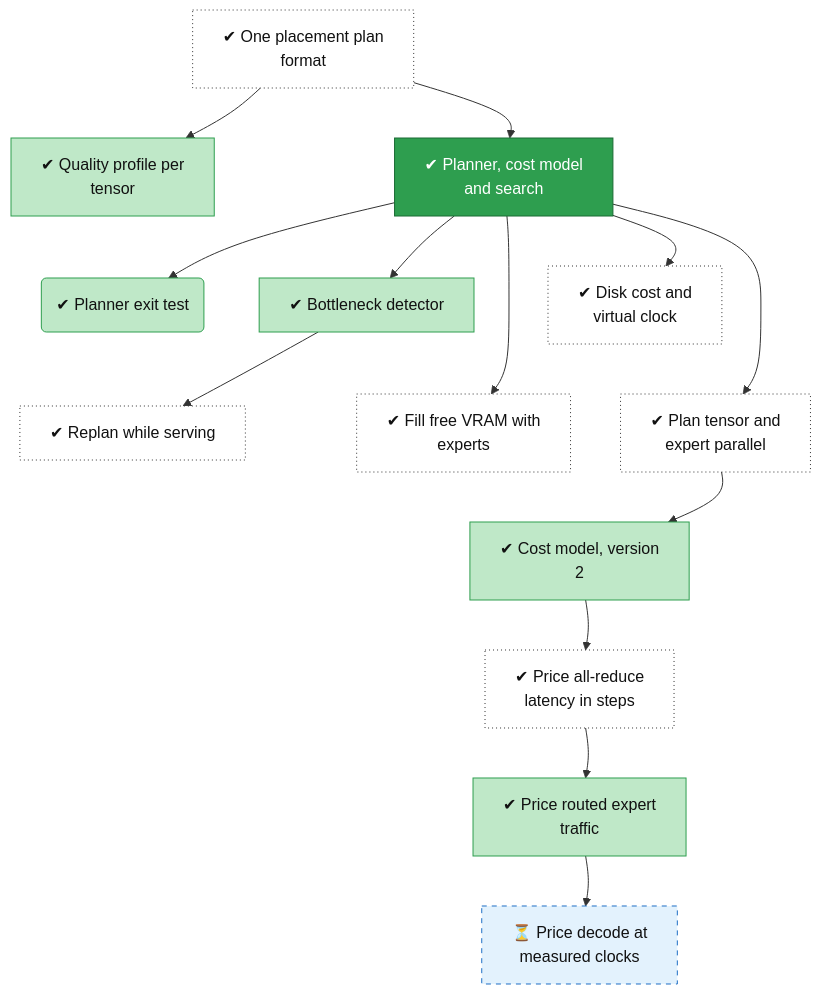
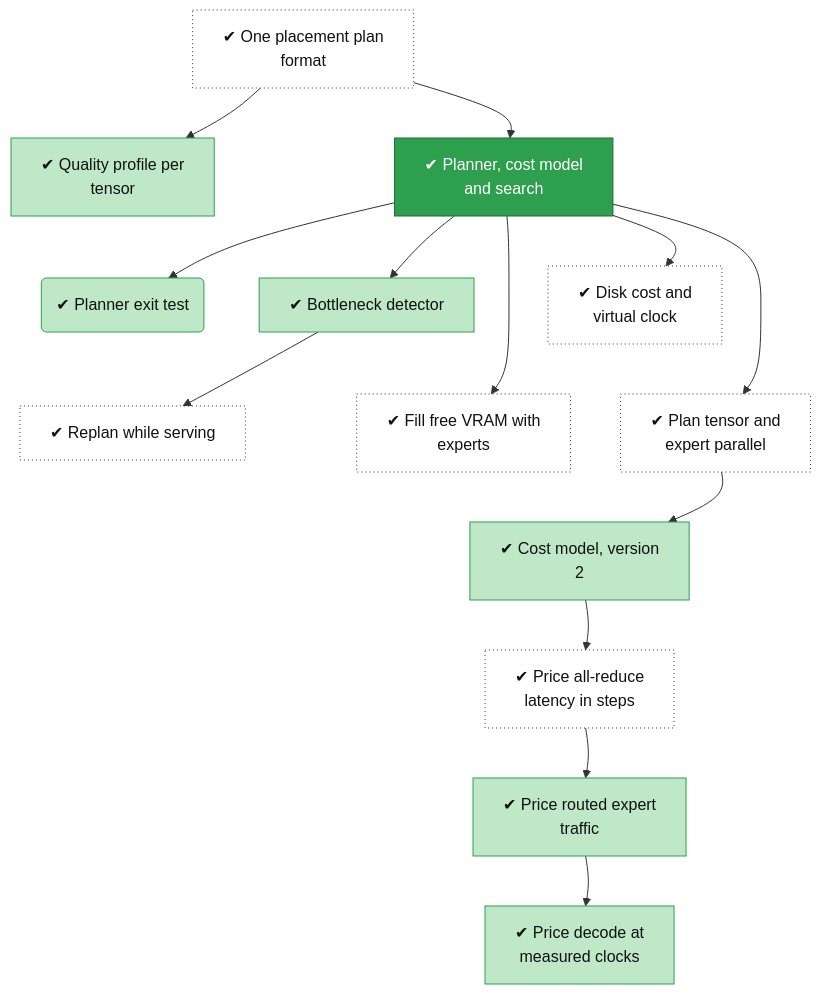
Before and after one commit to lhns/tetraeder: the diagram in docs/roadmap/tracks/planner.md, drawn with Mermaid. The commit also changed other lines of this file and 485 other files, not shown here.

Commit message:
v4a-20261121: D4 and M4 pass on host 20210 (box 61850705); tree nodes bench-v4a-verdict done, planner-cost-model-v5 done

````diff
--- a/docs/roadmap/tracks/planner.md
+++ b/docs/roadmap/tracks/planner.md
@@ -10,60 +10,59 @@
 ```mermaid
 flowchart TB
     planner_plan_ir["✔ One placement plan<br/>format"]
     planner_quality["✔ Quality profile per<br/>tensor"]
     planner_core["✔ Planner, cost model<br/>and search"]
     planner_exit("✔ Planner exit test")
     planner_detector["✔ Bottleneck detector"]
     planner_tier_cost["✔ Disk cost and<br/>virtual clock"]
     planner_replan["✔ Replan while serving"]
     planner_fill_tier["✔ Fill free VRAM with<br/>experts"]
     planner_parallel_shapes["✔ Plan tensor and<br/>expert parallel"]
     planner_cost_v2["✔ Cost model, version<br/>2"]
     planner_cost_v3["✔ Price all-reduce<br/>latency in steps"]
     planner_cost_v4["✔ Price routed expert<br/>traffic"]
-    planner_cost_model_v5["⏳ Price decode at<br/>measured clocks"]
+    planner_cost_model_v5["✔ Price decode at<br/>measured clocks"]
     planner_plan_ir ~~~ planner_quality
     planner_plan_ir ~~~ planner_core
     planner_quality ~~~ planner_exit
     planner_core ~~~ planner_detector
     planner_core ~~~ planner_tier_cost
     planner_exit ~~~ planner_replan
     planner_detector ~~~ planner_fill_tier
     planner_tier_cost ~~~ planner_parallel_shapes
     planner_replan ~~~ planner_cost_v2
     planner_fill_tier ~~~ planner_cost_v2
     planner_parallel_shapes ~~~ planner_cost_v2
     planner_cost_v2 ~~~ planner_cost_v3
     planner_cost_v3 ~~~ planner_cost_v4
     planner_cost_v4 ~~~ planner_cost_model_v5
     planner_plan_ir --> planner_quality
     planner_plan_ir --> planner_core
     planner_core --> planner_exit
     planner_core --> planner_detector
     planner_core --> planner_tier_cost
     planner_detector --> planner_replan
     planner_core --> planner_fill_tier
     planner_core --> planner_parallel_shapes
     planner_parallel_shapes --> planner_cost_v2
     planner_cost_v2 --> planner_cost_v3
     planner_cost_v3 --> planner_cost_v4
     planner_cost_v4 --> planner_cost_model_v5
     classDef vsucc fill:#2e9e4f,stroke:#1b6b34,color:#fff
     classDef succ fill:#bfe8c8,stroke:#2e9e4f,color:#111
     classDef mixed fill:#ffd37a,stroke:#c98a00,color:#111
     classDef bad fill:#f28b82,stroke:#b3261e,color:#111
     classDef dead fill:#e6e6e6,stroke:#777,stroke-dasharray:5 5,color:#555
     classDef inprog fill:#a8cdf5,stroke:#1f6fc5,color:#111
     classDef next fill:#fff,stroke:#333,color:#111
     classDef blocked fill:#fff,stroke:#b3261e,stroke-dasharray:2 2,color:#111
     classDef parked fill:#f3f3f3,stroke:#999,color:#555
     classDef unrated fill:#fff,stroke:#333,stroke-dasharray:1 3,color:#111
     classDef gate fill:#d9c2f0,stroke:#7b3fb5,color:#111
     classDef decided fill:#ece0f7,stroke:#7b3fb5,stroke-dasharray:2 2,color:#111
     classDef finding fill:#ffe0b2,stroke:#d84315,stroke-width:2px,color:#111
     classDef waiting fill:#e3f2fd,stroke:#1f6fc5,stroke-dasharray:5 5,color:#111
     class planner_plan_ir,planner_tier_cost,planner_replan,planner_fill_tier,planner_parallel_shapes,planner_cost_v3 unrated
-    class planner_quality,planner_exit,planner_detector,planner_cost_v2,planner_cost_v4 succ
+    class planner_quality,planner_exit,planner_detector,planner_cost_v2,planner_cost_v4,planner_cost_model_v5 succ
     class planner_core vsucc
-    class planner_cost_model_v5 waiting
 ```
````
